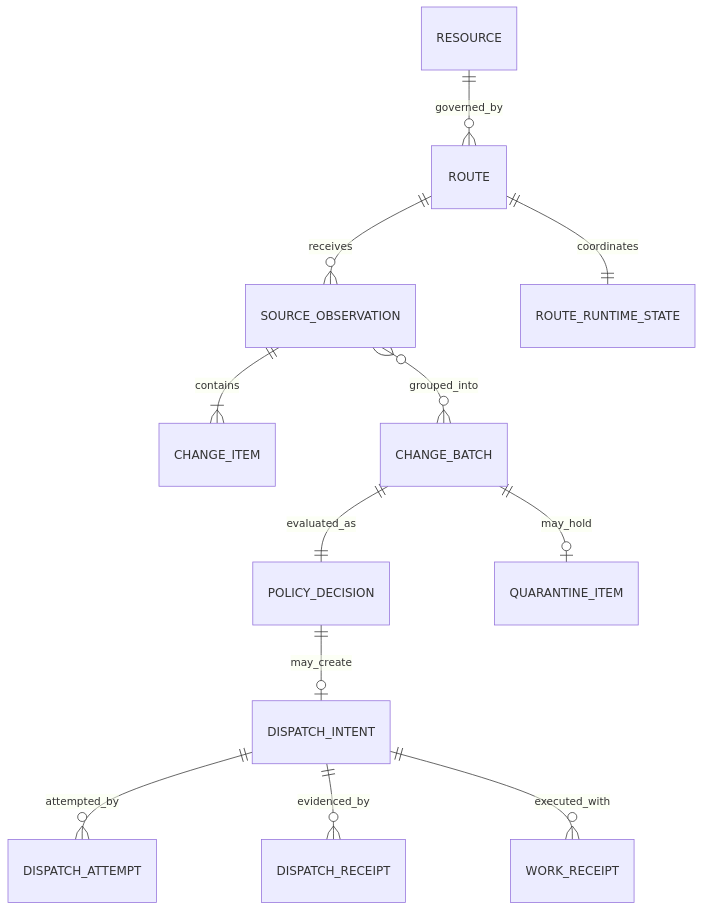
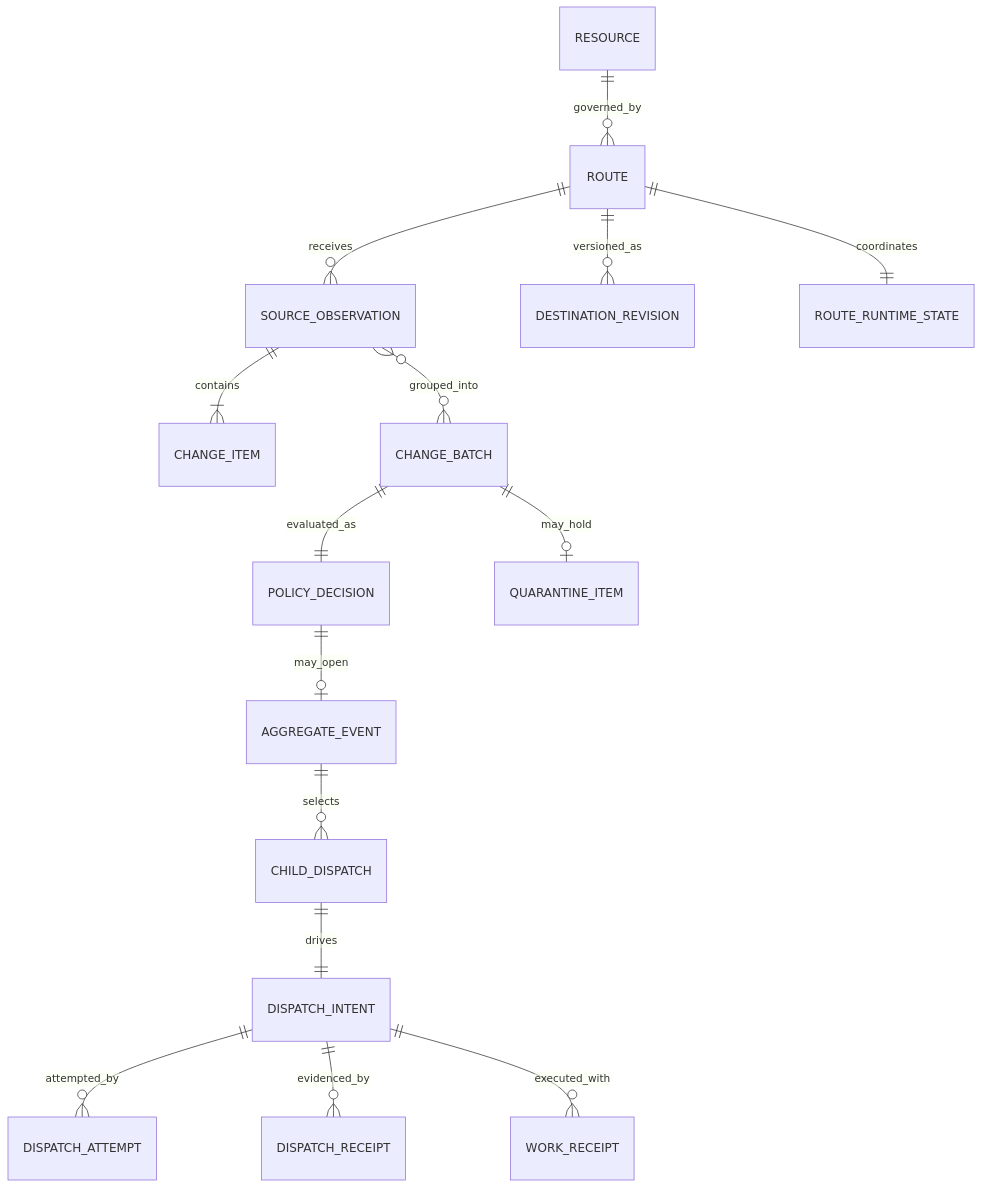
The diagram in docs/architecture/domain-model.md (irootkernel/agent-dispatch), drawn with Mermaid before and after one commit. The commit also changed other lines of this file and 56 other files, not shown here.

````diff
--- a/docs/architecture/domain-model.md
+++ b/docs/architecture/domain-model.md
@@ -5,14 +5,17 @@
 ```mermaid
 erDiagram
     RESOURCE ||--o{ ROUTE : governed_by
     ROUTE ||--o{ SOURCE_OBSERVATION : receives
     SOURCE_OBSERVATION ||--|{ CHANGE_ITEM : contains
     SOURCE_OBSERVATION }o--o{ CHANGE_BATCH : grouped_into
     CHANGE_BATCH ||--|| POLICY_DECISION : evaluated_as
-    POLICY_DECISION ||--o| DISPATCH_INTENT : may_create
+    POLICY_DECISION ||--o| AGGREGATE_EVENT : may_open
+    AGGREGATE_EVENT ||--o{ CHILD_DISPATCH : selects
+    ROUTE ||--o{ DESTINATION_REVISION : versioned_as
+    CHILD_DISPATCH ||--|| DISPATCH_INTENT : drives
     DISPATCH_INTENT ||--o{ DISPATCH_ATTEMPT : attempted_by
     DISPATCH_INTENT ||--o{ DISPATCH_RECEIPT : evidenced_by
     DISPATCH_INTENT ||--o{ WORK_RECEIPT : executed_with
     ROUTE ||--|| ROUTE_RUNTIME_STATE : coordinates
     CHANGE_BATCH ||--o| QUARANTINE_ITEM : may_hold
 ```
````
